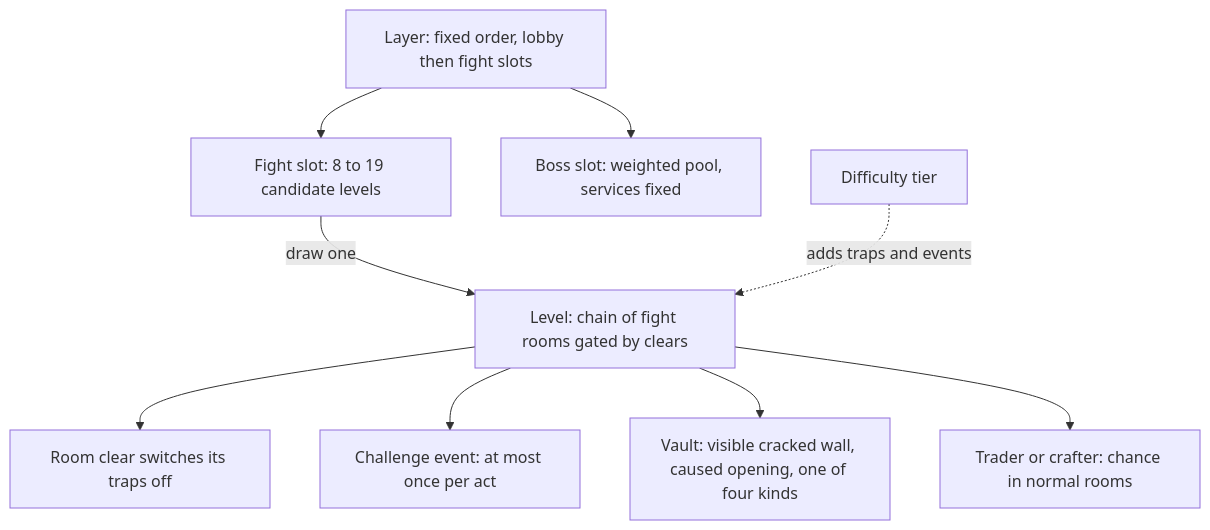
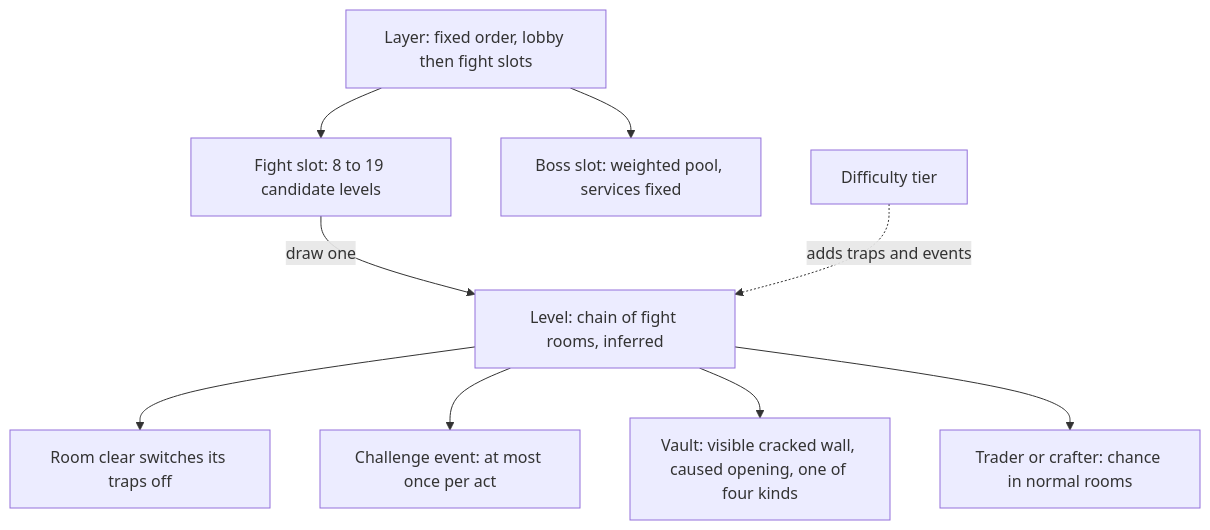
The diagram in sketches/core-loop/design-v3/research/comps/gunfire/stage-anatomy.md (bananahana720/scrapkeep), drawn with Mermaid before and after one commit. The commit also changed other lines of this file and 10 other files, not shown here.

````diff
--- a/sketches/core-loop/design-v3/research/comps/gunfire/stage-anatomy.md
+++ b/sketches/core-loop/design-v3/research/comps/gunfire/stage-anatomy.md
@@ -21,11 +30,11 @@
 ```mermaid
 flowchart TD
     L[Layer: fixed order, lobby then fight slots] --> S[Fight slot: 8 to 19 candidate levels]
-    S -->|draw one| V[Level: chain of fight rooms gated by clears]
+    S -->|draw one| V[Level: chain of fight rooms, inferred]
     V --> R1[Room clear switches its traps off]
     V --> E[Challenge event: at most once per act]
     V --> X[Vault: visible cracked wall, caused opening, one of four kinds]
     V --> T[Trader or crafter: chance in normal rooms]
     L --> B[Boss slot: weighted pool, services fixed]
     D[Difficulty tier] -.adds traps and events.-> V
 ```
````
